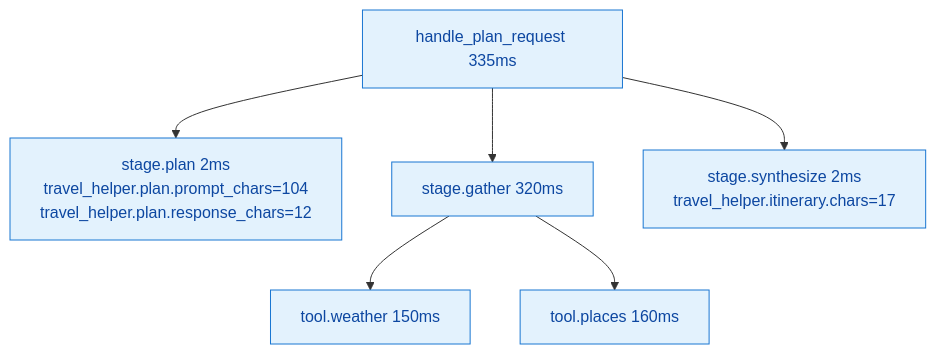
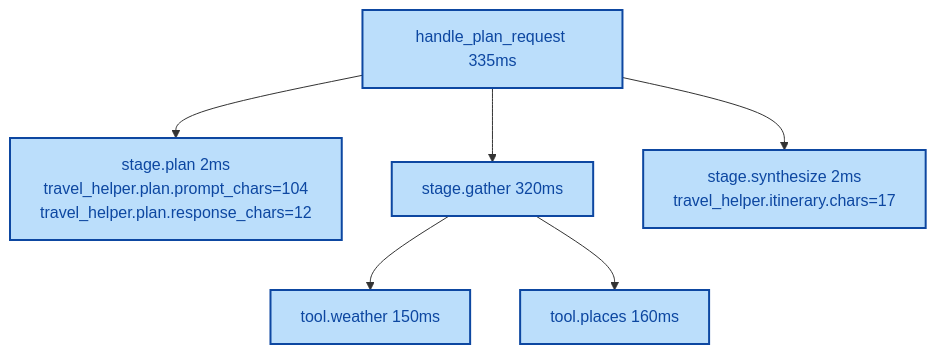
The second of 3 diagrams in manuscript/ch14/ch14.md (sogawa-yk/ai-o11y), drawn with Mermaid before and after one commit. The commit also changed other lines of this file, not shown here.

````diff
--- a/manuscript/ch14/ch14.md
+++ b/manuscript/ch14/ch14.md
@@ -91,12 +91,12 @@
 ```mermaid
 flowchart TD
     R["handle_plan_request 335ms"]
     R --> SP["stage.plan 2ms<br/>travel_helper.plan.prompt_chars=104<br/>travel_helper.plan.response_chars=12"]
     R --> SG["stage.gather 320ms"]
     SG --> TW["tool.weather 150ms"]
     SG --> TP["tool.places 160ms"]
     R --> SS["stage.synthesize 2ms<br/>travel_helper.itinerary.chars=17"]
 
-    classDef man fill:#E3F2FD,stroke:#1976D2,color:#0D47A1
+    classDef man fill:#BBDEFB,stroke:#0D47A1,color:#0D47A1,stroke-width:2px
     class R,SP,SG,TW,TP,SS man
 ```
````
